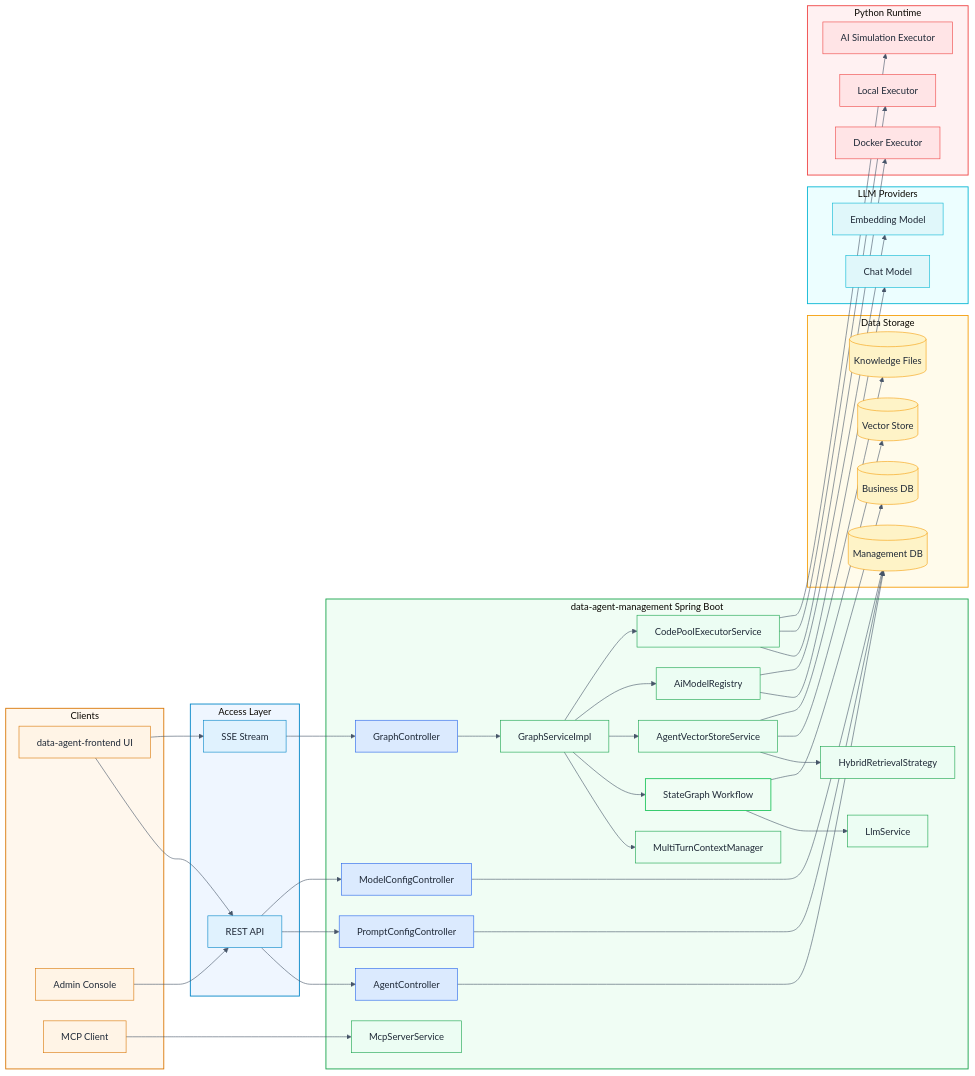
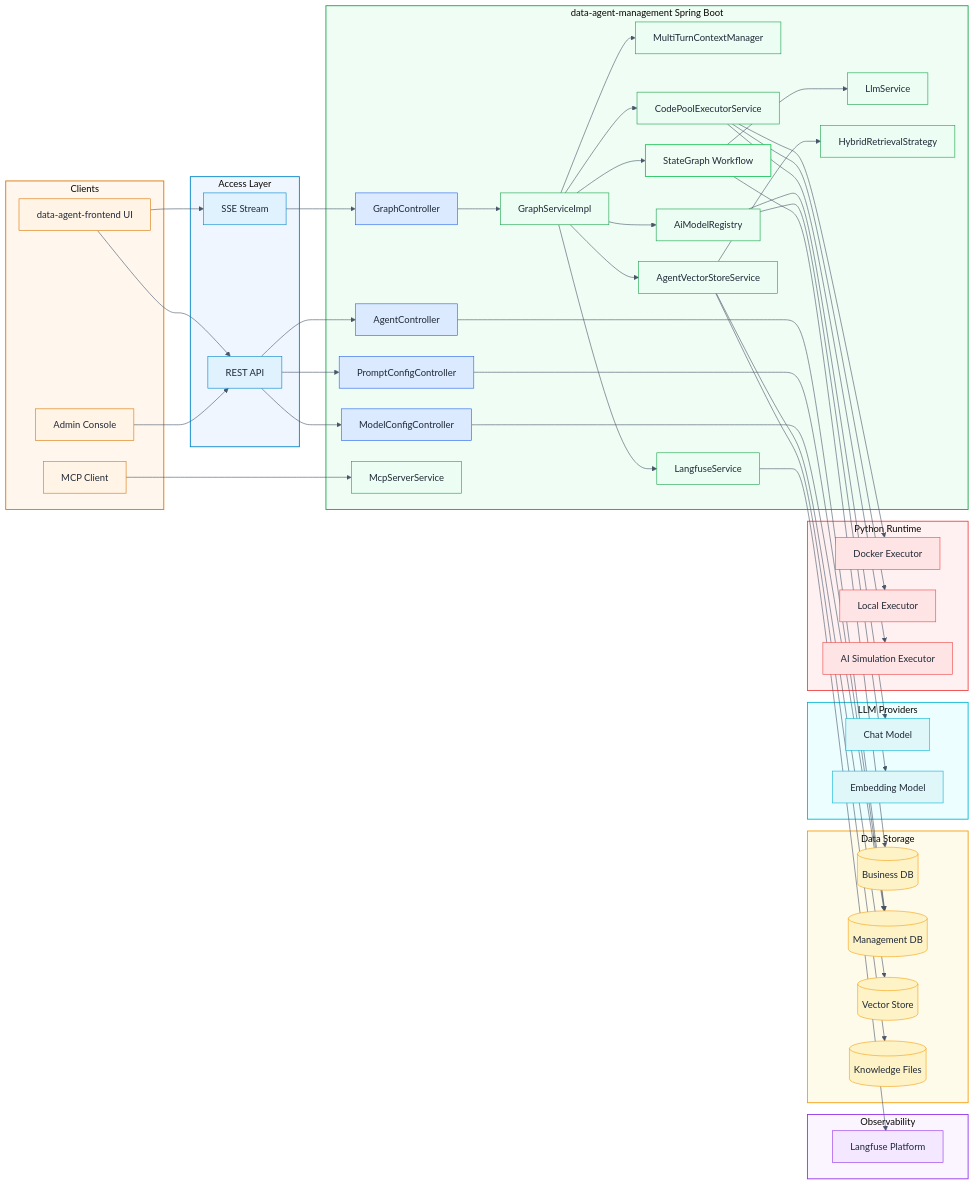
Before and after one commit to spring-ai-alibaba/DataAgent: the first of 18 diagrams in docs/ARCHITECTURE.md, drawn with Mermaid. The commit also changed 4 other files, not shown here.

````diff
--- a/docs/ARCHITECTURE.md
+++ b/docs/ARCHITECTURE.md
@@ -34,6 +34,11 @@
     Hybrid[HybridRetrievalStrategy]
     CodePool[CodePoolExecutorService]
     McpSvc[McpServerService]
+    LangfuseSvc[LangfuseService]
+  end
+
+  subgraph Observability[Observability]
+    Langfuse[Langfuse Platform]
   end
 
   subgraph Data[Data Storage]
@@ -78,6 +83,8 @@
   CodePool --> Docker
   CodePool --> Local
   CodePool --> AISim
+  GraphSvc --> LangfuseSvc
+  LangfuseSvc --> Langfuse
   AgentCtl --> MetaDB
   PromptCtl --> MetaDB
   ModelCtl --> MetaDB
@@ -90,15 +97,17 @@
   classDef data fill:#FEF3C7,stroke:#F59E0B,stroke-width:1px,color:#1F2937;
   classDef llm fill:#E0F7FA,stroke:#06B6D4,stroke-width:1px,color:#1F2937;
   classDef exec fill:#FFE4E6,stroke:#EF4444,stroke-width:1px,color:#1F2937;
+  classDef observability fill:#F3E8FF,stroke:#9333EA,stroke-width:1px,color:#1F2937;
 
   class UserUI,AdminUI,MCPClient client
   class RestAPI,SSE access
   class GraphCtl,AgentCtl,PromptCtl,ModelCtl api
-  class GraphSvc,Context,LlmSvc,ModelRegistry,VectorSvc,Hybrid,CodePool,McpSvc service
+  class GraphSvc,Context,LlmSvc,ModelRegistry,VectorSvc,Hybrid,CodePool,McpSvc,LangfuseSvc service
   class Graph workflow
   class BizDB,MetaDB,VectorDB,Files data
   class ChatLLM,EmbeddingLLM llm
   class Docker,Local,AISim exec
+  class Langfuse observability
 
   style Clients fill:#FFF7ED,stroke:#D97706,stroke-width:1.5px
   style Access fill:#EFF6FF,stroke:#0284C7,stroke-width:1.5px
@@ -106,4 +115,5 @@
   style Data fill:#FFFBEB,stroke:#F59E0B,stroke-width:1.5px
   style LLMs fill:#ECFEFF,stroke:#06B6D4,stroke-width:1.5px
   style Exec fill:#FFF1F2,stroke:#EF4444,stroke-width:1.5px
+  style Observability fill:#FAF5FF,stroke:#9333EA,stroke-width:1.5px
 ```
````
